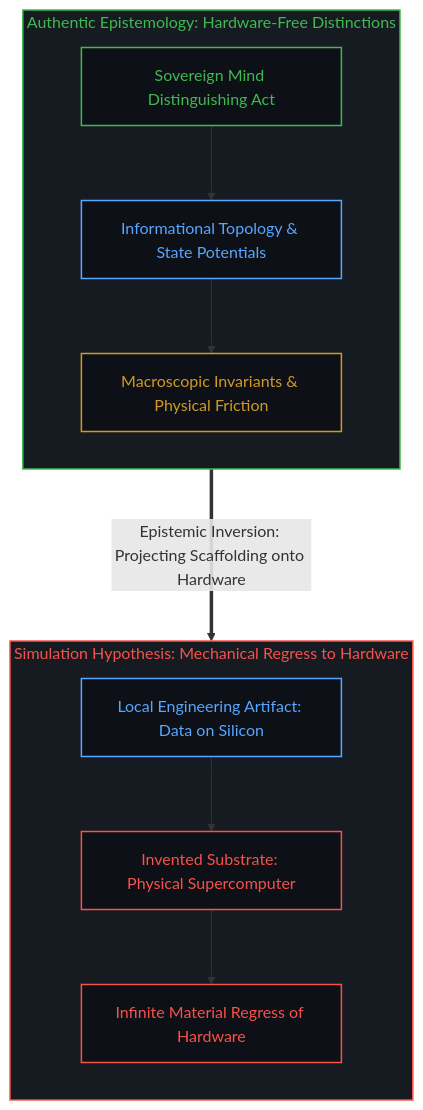
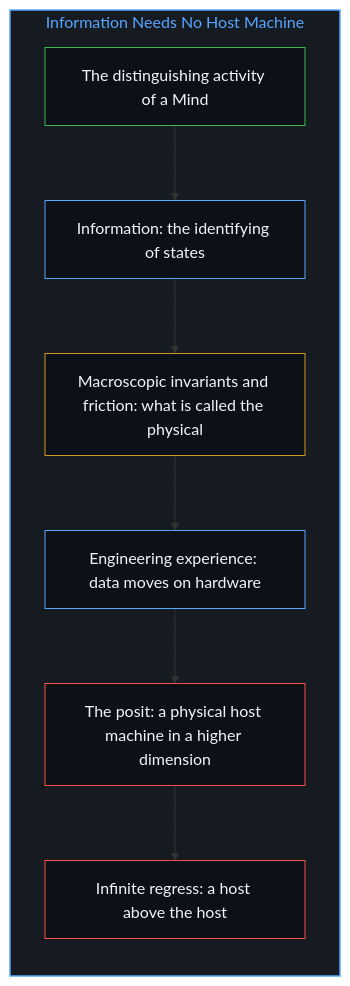
Before and after one commit to powerpig99/not-a-toe: the second of 10 diagrams in content/posts/all-that-can-be-spoken-is-the-product-of-the-unspeakable.md, drawn with Mermaid. The commit also changed other lines of this file and 2 other files, not shown here.

Commit message:
Refine all-that-can-be-spoken-is-the-product-of-the-unspeakable: alternating bilingual layout, five paired diagrams, the cut and the informational side of the machine, implicit first person

````diff
--- a/content/posts/all-that-can-be-spoken-is-the-product-of-the-unspeakable.md
+++ b/content/posts/all-that-can-be-spoken-is-the-product-of-the-unspeakable.md
@@ -55,29 +49,25 @@
 ```mermaid
-graph TD
-    classDef default fill:#0d1117,stroke:#30363d,stroke-width:1px,color:#f0f6fc;
-    classDef mind fill:#0d1117,stroke:#3fb950,stroke-width:1.5px,color:#3fb950;
-    classDef failure fill:#0d1117,stroke:#f85149,stroke-width:1.5px,color:#f85149;
-    classDef scaffold fill:#0d1117,stroke:#d29922,stroke-width:1.5px,color:#d29922;
-    classDef model fill:#0d1117,stroke:#58a6ff,stroke-width:1.5px,color:#58a6ff;
-
-    subgraph S_True_EN ["Authentic Epistemology: Hardware-Free Distinctions"]
+flowchart TD
+    subgraph S_Host["Information Needs No Host Machine"]
         direction TB
-        ME1["Sovereign Mind Distinguishing Act"]:::mind
-        ME2["Informational Topology & State Potentials"]:::model
-        ME3["Macroscopic Invariants & Physical Friction"]:::scaffold
-        ME1 --> ME2 --> ME3
+        Dist["The distinguishing activity of a Mind"]
+        Info["Information: the identifying of states"]
+        Inv["Macroscopic invariants and friction: what is called the physical"]
+        Eng["Engineering experience: data moves on hardware"]
+        Host["The posit: a physical host machine in a higher dimension"]
+        Regress["Infinite regress: a host above the host"]
+        Dist --> Info
+        Info --> Inv
+        Inv --> Eng
+        Eng --> Host
+        Host --> Regress
     end
 
-    subgraph S_Fallacy_EN ["Simulation Hypothesis: Mechanical Regress to Hardware"]
-        direction TB
-        FE1["Local Engineering Artifact: Data on Silicon"]:::model
-        FE2["Invented Substrate: Physical Supercomputer"]:::failure
-        FE3["Infinite Material Regress of Hardware"]:::failure
-        FE1 --> FE2 --> FE3
-    end
-
-    ME3 ===>|"Epistemic Inversion: Projecting Scaffolding onto Hardware"| FE1
-
-    style S_True_EN fill:#161b22,stroke:#3fb950,stroke-width:1.5px,color:#3fb950
-    style S_Fallacy_EN fill:#161b22,stroke:#f85149,stroke-width:1.5px,color:#f85149
+    style S_Host fill:#161b22,stroke:#58a6ff,stroke-width:1.5px,color:#58a6ff
+    style Dist fill:#0d1117,stroke:#3fb950,stroke-width:1px,color:#f0f6fc
+    style Info fill:#0d1117,stroke:#58a6ff,stroke-width:1px,color:#f0f6fc
+    style Inv fill:#0d1117,stroke:#d29922,stroke-width:1px,color:#f0f6fc
+    style Eng fill:#0d1117,stroke:#58a6ff,stroke-width:1px,color:#f0f6fc
+    style Host fill:#0d1117,stroke:#f85149,stroke-width:1px,color:#f0f6fc
+    style Regress fill:#0d1117,stroke:#f85149,stroke-width:1px,color:#f0f6fc
 ```
````
